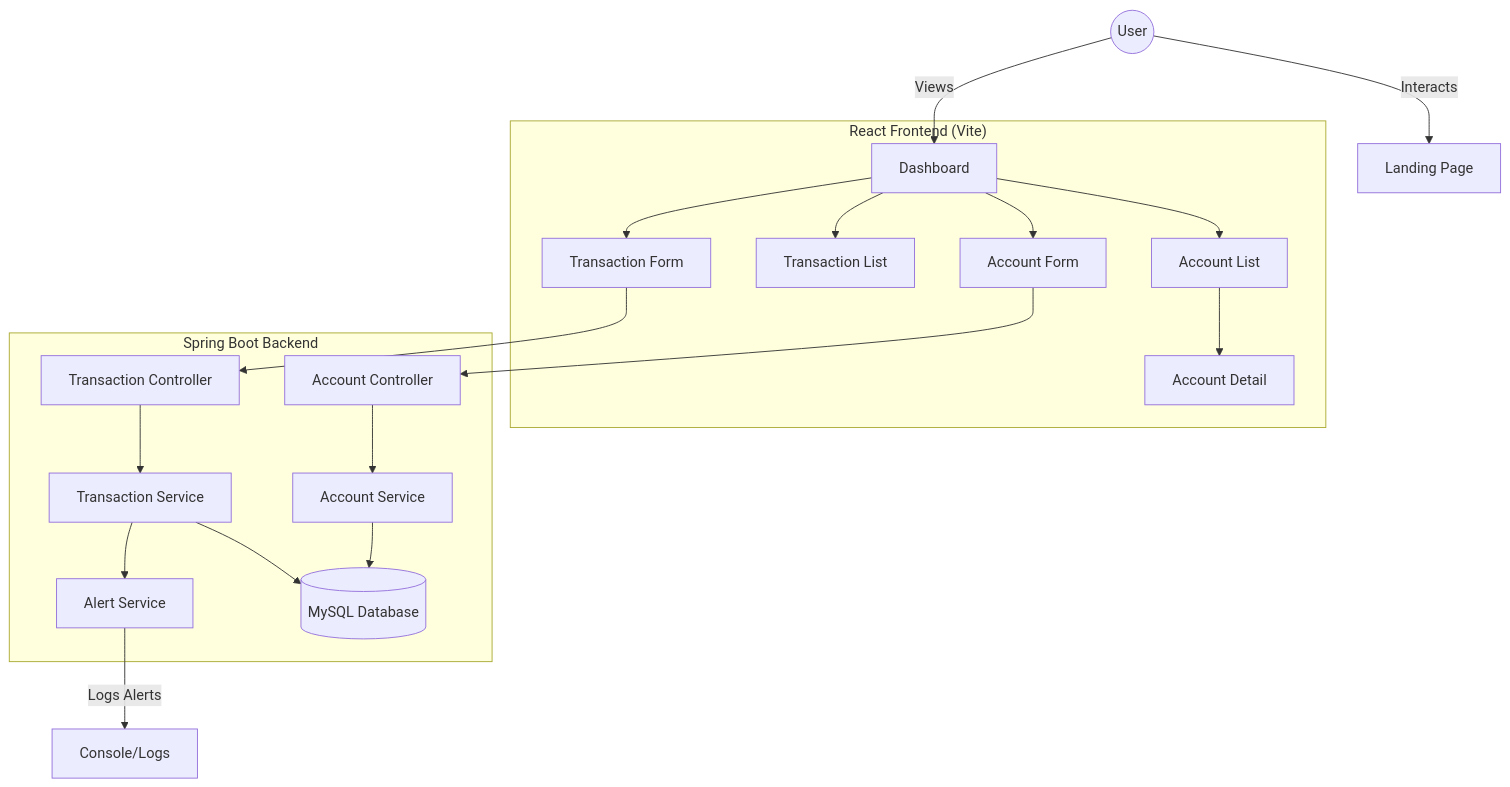
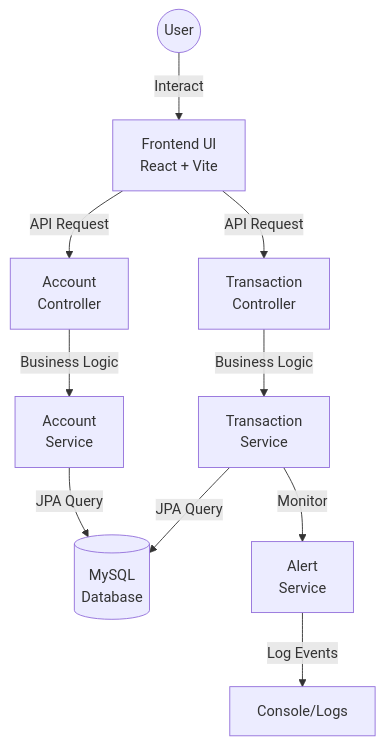
Before and after one commit to TechByAnshuu/VaultXchange: the diagram in README.md, drawn with Mermaid. The commit also changed other lines of this file, not shown here.

````diff
--- a/README.md
+++ b/README.md
@@ -31,28 +67,16 @@
 ```mermaid
 graph TD
-    User((User)) -->|Interacts| LandingPage[Landing Page]
-    User -->|Views| Dashboard[Dashboard]
+    User((User)) -->|Interact| UI[Frontend UI<br/>React + Vite]
     
-    subgraph Frontend ["React Frontend (Vite)"]
-        Dashboard --> AccountList[Account List]
-        Dashboard --> TransactionList[Transaction List]
-        Dashboard --> AccountForm[Account Form]
-        Dashboard --> TransactionForm[Transaction Form]
-        AccountList --> AccountDetail[Account Detail]
-    end
+    UI -->|API Request| AC[Account<br/>Controller]
+    UI -->|API Request| TC[Transaction<br/>Controller]
     
-    subgraph Backend ["Spring Boot Backend"]
-        AccountForm --> AccountController[Account Controller]
-        TransactionForm --> TransactionController[Transaction Controller]
-        
-        AccountController --> AccountService[Account Service]
-        TransactionController --> TransactionService[Transaction Service]
-        
-        TransactionService --> AlertService[Alert Service]
-        
-        AccountService --> MySQL[(MySQL Database)]
-        TransactionService --> MySQL
-    end
+    AC -->|Business Logic| AS[Account<br/>Service]
+    TC -->|Business Logic| TS[Transaction<br/>Service]
     
-    AlertService -->|Logs Alerts| Console[Console/Logs]
+    AS -->|JPA Query| DB[(MySQL<br/>Database)]
+    TS -->|JPA Query| DB
+    
+    TS -->|Monitor| ALS[Alert<br/>Service]
+    ALS -->|Log Events| Console[Console/Logs]
 ```
````
